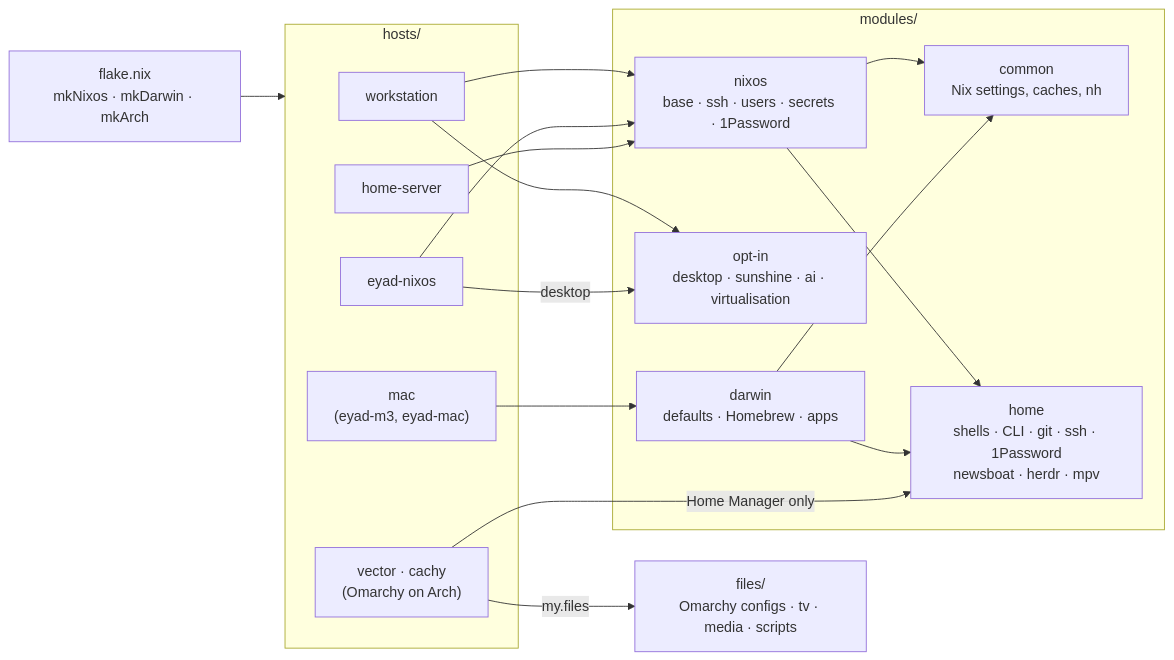
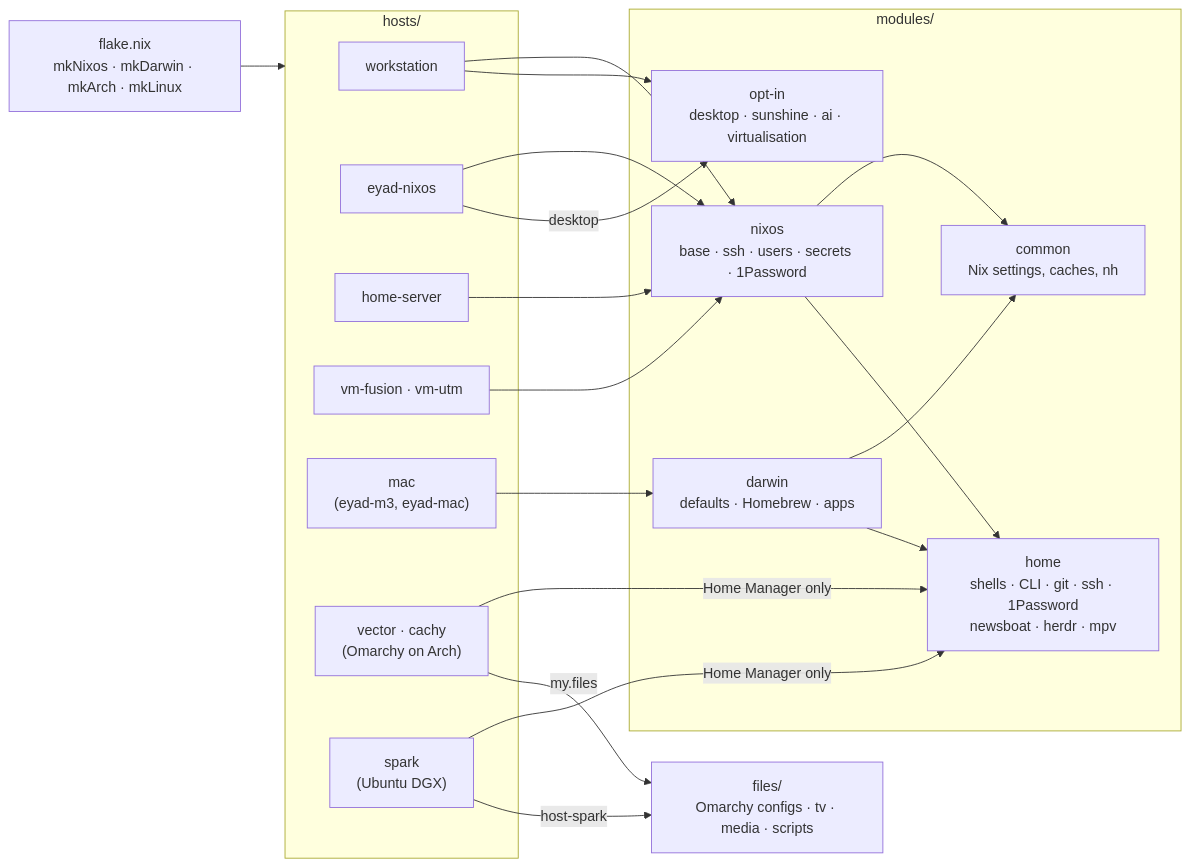
One commit to eyadsibai/dotfiles changed the diagram in README.md. Above: the diagram before and after it, drawn with Mermaid. The commit also changed other lines of this file and 12 other files, not shown here.

````diff
--- a/README.md
+++ b/README.md
@@ -47,32 +47,36 @@
 ```mermaid
 flowchart LR
-  flake["flake.nix<br/>mkNixos · mkDarwin · mkArch"]
+  flake["flake.nix<br/>mkNixos · mkDarwin · mkArch · mkLinux"]
 
   subgraph hosts["hosts/"]
     ws[workstation]
     lap[eyad-nixos]
     srv[home-server]
+    vms["vm-fusion · vm-utm"]
     mac["mac<br/>(eyad-m3, eyad-mac)"]
     arch["vector · cachy<br/>(Omarchy on Arch)"]
+    spark["spark<br/>(Ubuntu DGX)"]
   end
 
   subgraph modules["modules/"]
     common["common<br/>Nix settings, caches, nh"]
     nixos["nixos<br/>base · ssh · users · secrets · 1Password"]
     optin["opt-in<br/>desktop · sunshine · ai · virtualisation"]
     darwin["darwin<br/>defaults · Homebrew · apps"]
     home["home<br/>shells · CLI · git · ssh · 1Password<br/>newsboat · herdr · mpv"]
   end
 
   files["files/<br/>Omarchy configs · tv · media · scripts"]
 
   flake --> hosts
-  ws & lap & srv --> nixos
+  ws & lap & srv & vms --> nixos
   ws --> optin
   lap -->|desktop| optin
   mac --> darwin
   nixos & darwin --> common
   nixos & darwin --> home
   arch -->|Home Manager only| home
   arch -->|my.files| files
+  spark -->|Home Manager only| home
+  spark -->|host-spark| files
 ```
````
